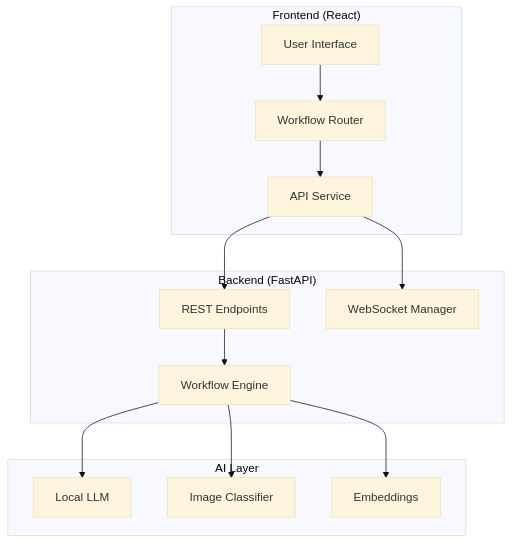
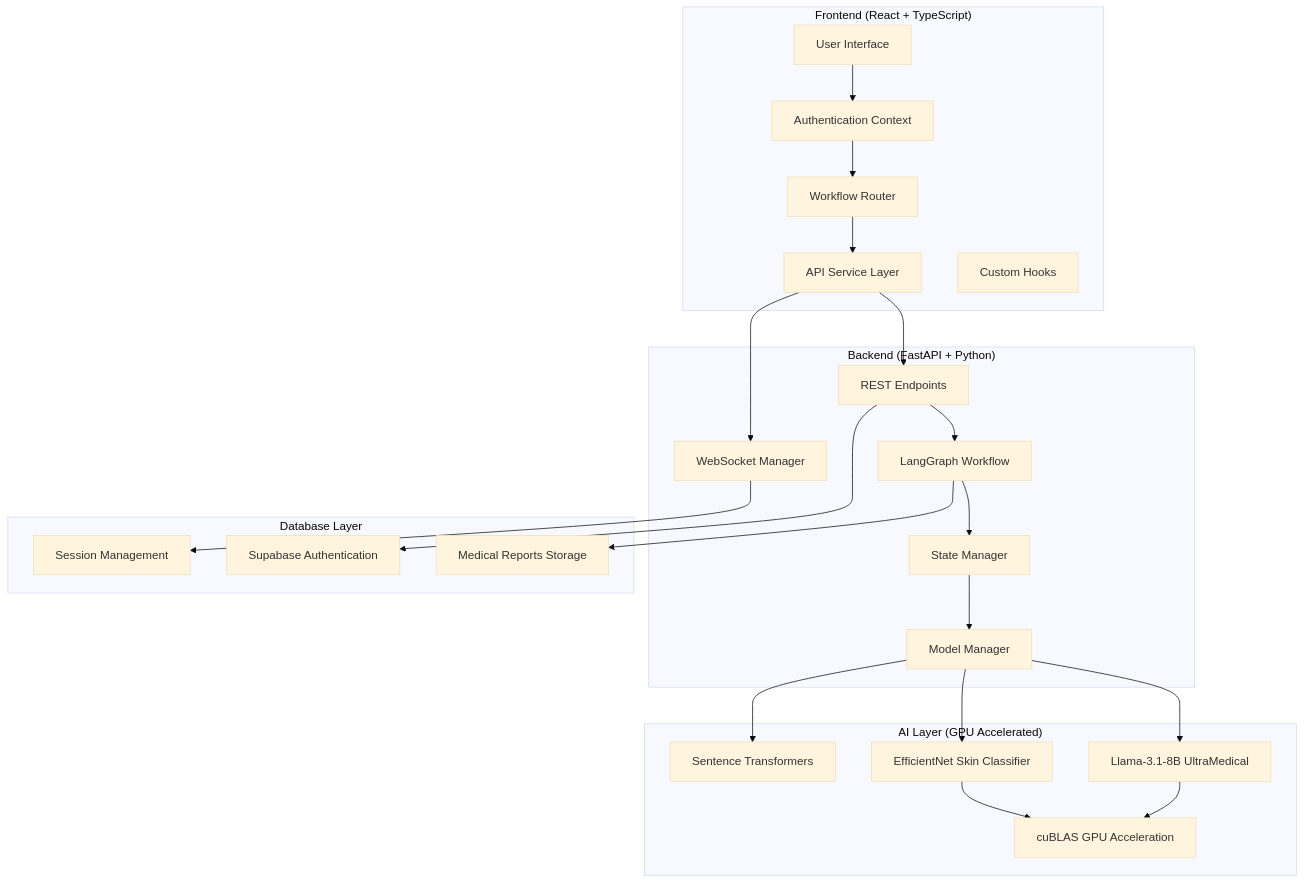
One commit to Reverse-Oreo/AI-Enhanced-Patient-Healthcare changed the diagram in DOCUMENTATION.md. Above: the diagram before and after it, drawn with Mermaid (base theme). The commit also changed other lines of this file and 30 other files, not shown here.

````diff
--- a/DOCUMENTATION.md
+++ b/DOCUMENTATION.md
@@ -19,29 +23,48 @@
 ```mermaid
 graph TB
-    subgraph "Frontend (React)"
+    subgraph "Frontend (React + TypeScript)"
         UI[User Interface]
         WR[Workflow Router]
-        API[API Service]
+        API[API Service Layer]
+        AUTH[Authentication Context]
+        HOOKS[Custom Hooks]
     end
     
-    subgraph "Backend (FastAPI)"
+    subgraph "Backend (FastAPI + Python)"
         REST[REST Endpoints]
         WS[WebSocket Manager]
-        WF[Workflow Engine]
+        WF[LangGraph Workflow]
+        STATE[State Manager]
+        MODELS[Model Manager]
     end
     
-    subgraph "AI Layer"
-        LLM[Local LLM]
-        IMG[Image Classifier]
-        EMB[Embeddings]
+    subgraph "AI Layer (GPU Accelerated)"
+        LLM[Llama-3.1-8B UltraMedical]
+        IMG[EfficientNet Skin Classifier]
+        EMB[Sentence Transformers]
+        GPU[cuBLAS GPU Acceleration]
     end
     
-    UI --> WR
+    subgraph "Database Layer"
+        SUPA[Supabase Authentication]
+        REPORTS[Medical Reports Storage]
+        SESSIONS[Session Management]
+    end
+    
+    UI --> AUTH
+    AUTH --> WR
     WR --> API
     API --> REST
     API --> WS
     REST --> WF
-    WF --> LLM
-    WF --> IMG
-    WF --> EMB
+    WF --> STATE
+    STATE --> MODELS
+    MODELS --> LLM
+    MODELS --> IMG
+    MODELS --> EMB
+    LLM --> GPU
+    IMG --> GPU
+    REST --> SUPA
+    WF --> REPORTS
+    WS --> SESSIONS
 ```
````
